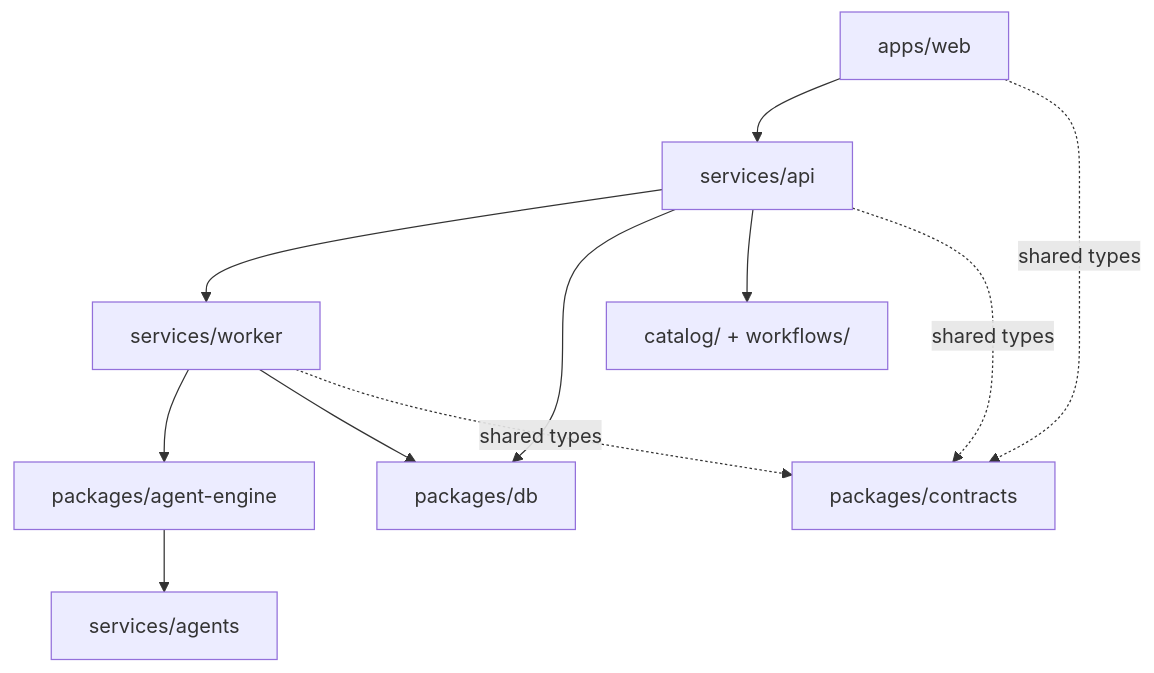
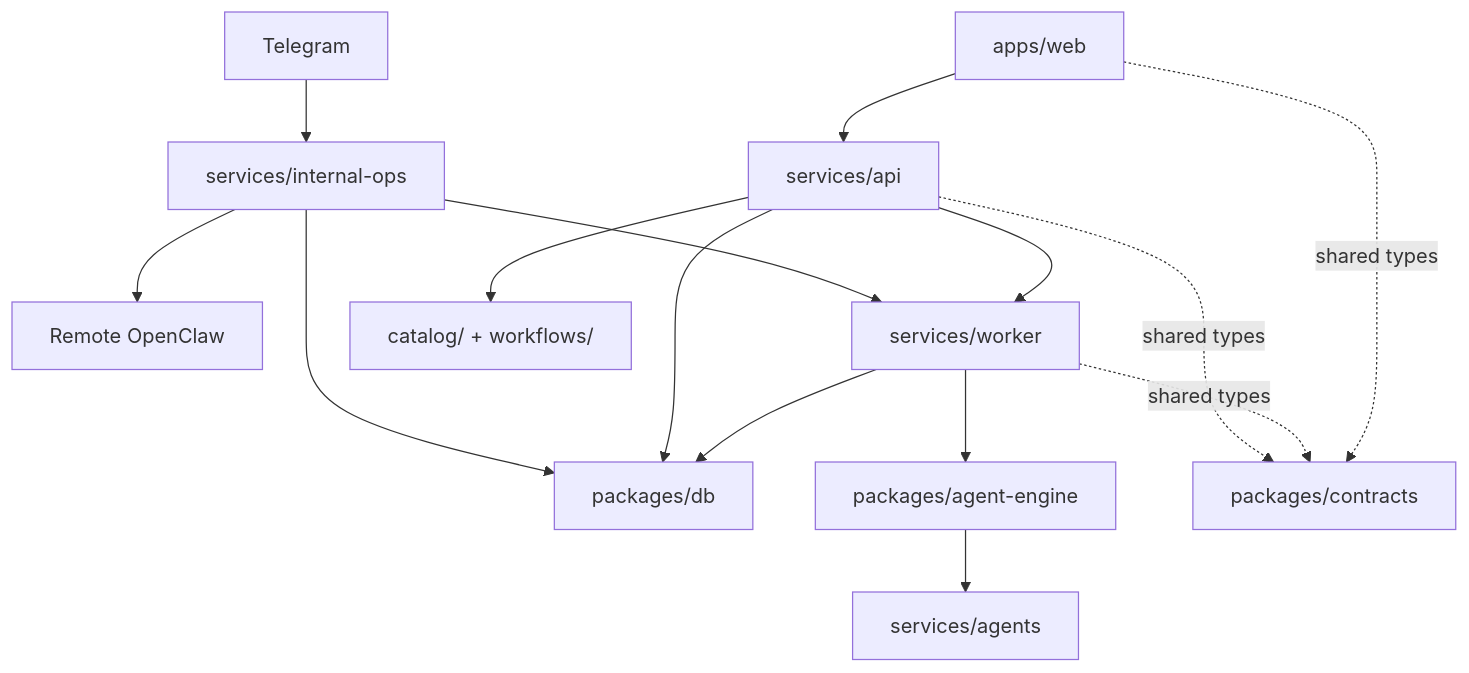
Before and after one commit to agentmou/agentmou-platform: the diagram in docs/architecture/overview.md, drawn with Mermaid. The commit also changed other lines of this file and 16 other files, not shown here.

First line of the commit message:
docs: document internal ops personal operating system

````diff
--- a/docs/architecture/overview.md
+++ b/docs/architecture/overview.md
@@ -20,13 +22,17 @@
 ```mermaid
 flowchart TD
   Web["apps/web"] --> API["services/api"]
+  Telegram["Telegram"] --> InternalOps["services/internal-ops"]
+  InternalOps --> OpenClaw["Remote OpenClaw"]
+  InternalOps --> Worker["services/worker"]
+  InternalOps --> DB["packages/db"]
   API --> Worker["services/worker"]
   Worker --> Engine["packages/agent-engine"]
   Engine --> Agents["services/agents"]
   API --> DB["packages/db"]
   Worker --> DB
   API --> Catalog["catalog/ + workflows/"]
   API -. shared types .-> Contracts["packages/contracts"]
   Worker -. shared types .-> Contracts
   Web -. shared types .-> Contracts
 ```
````
